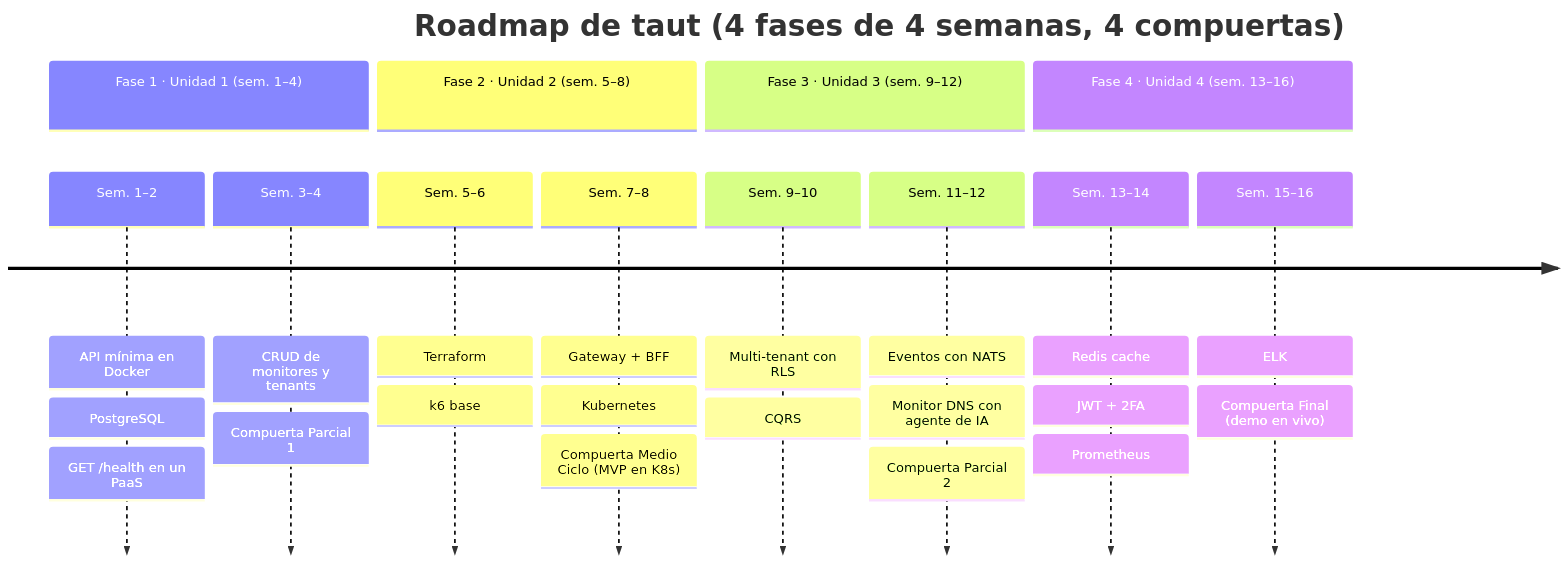
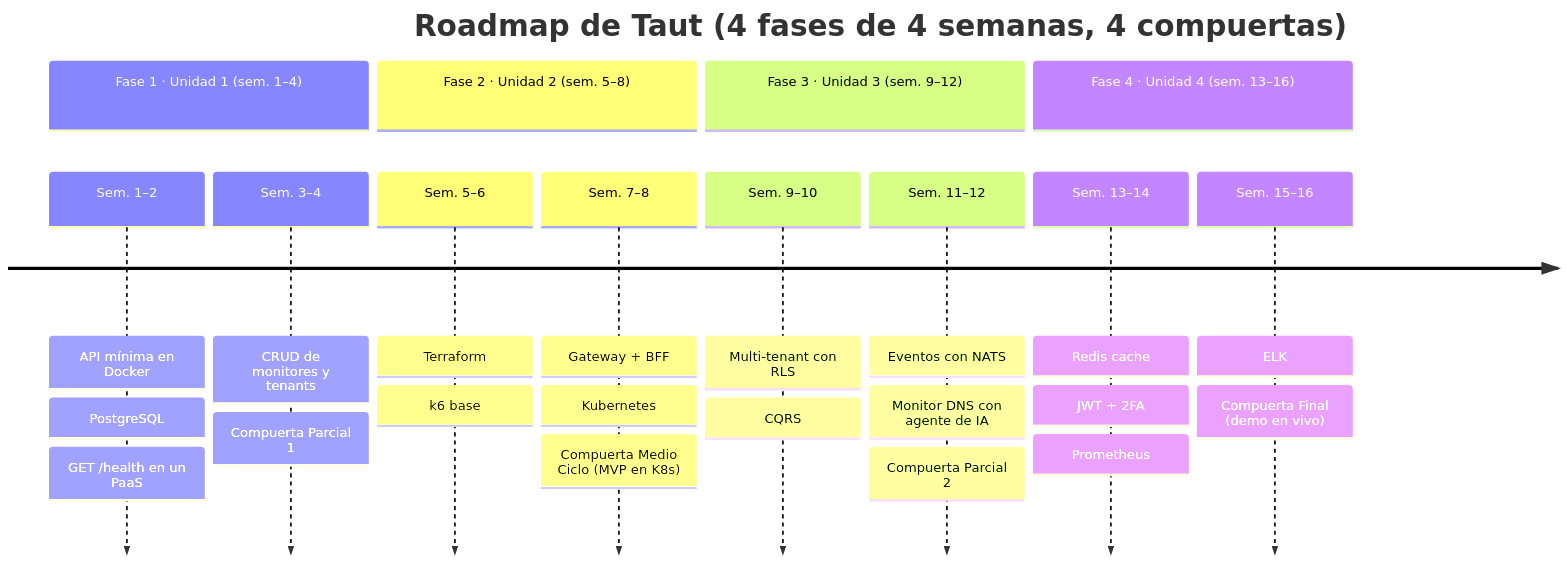
The second of 2 diagrams in docs/taut.md (Frknk/Taut), drawn with Mermaid before and after one commit. The commit also changed other lines of this file and 85 other files, not shown here.

````diff
--- a/docs/taut.md
+++ b/docs/taut.md
@@ -387,16 +387,16 @@
 ```mermaid
 timeline
-  title Roadmap de taut (4 fases de 4 semanas, 4 compuertas)
+  title Roadmap de Taut (4 fases de 4 semanas, 4 compuertas)
   section Fase 1 · Unidad 1 (sem. 1–4)
     Sem. 1–2 : API mínima en Docker : PostgreSQL : GET /health en un PaaS
     Sem. 3–4 : CRUD de monitores y tenants : Compuerta Parcial 1
   section Fase 2 · Unidad 2 (sem. 5–8)
     Sem. 5–6 : Terraform : k6 base
     Sem. 7–8 : Gateway + BFF : Kubernetes : Compuerta Medio Ciclo (MVP en K8s)
   section Fase 3 · Unidad 3 (sem. 9–12)
     Sem. 9–10 : Multi-tenant con RLS : CQRS
     Sem. 11–12 : Eventos con NATS : Monitor DNS con agente de IA : Compuerta Parcial 2
   section Fase 4 · Unidad 4 (sem. 13–16)
     Sem. 13–14 : Redis cache : JWT + 2FA : Prometheus
     Sem. 15–16 : ELK : Compuerta Final (demo en vivo)
 ```
````
